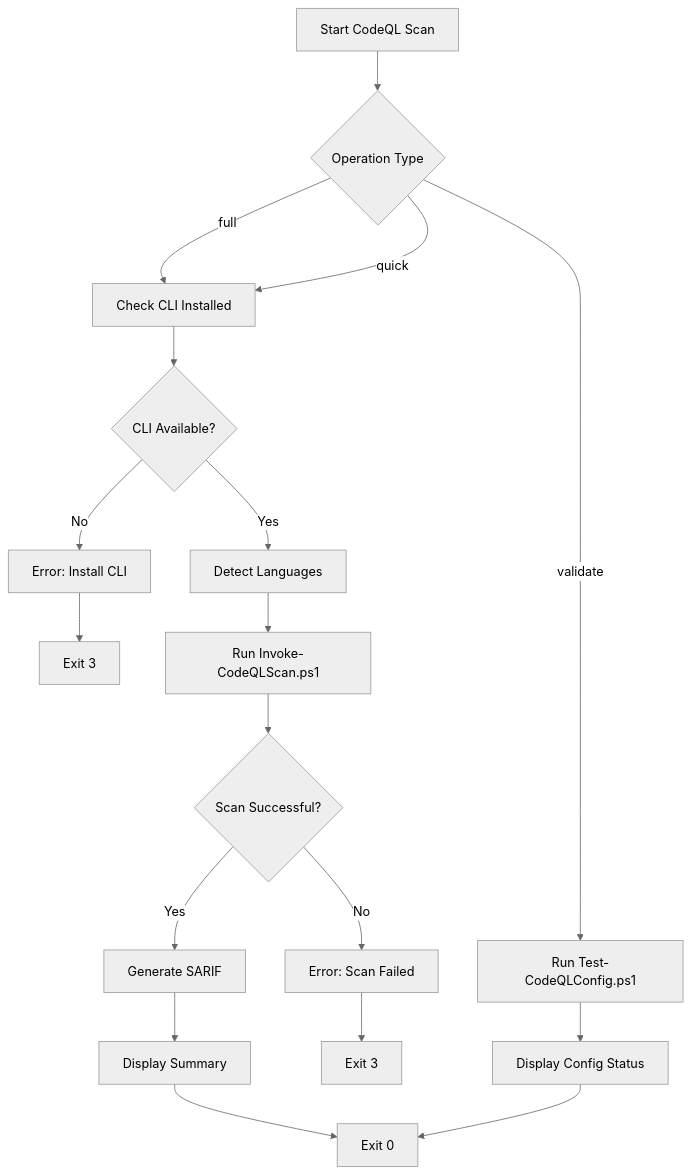
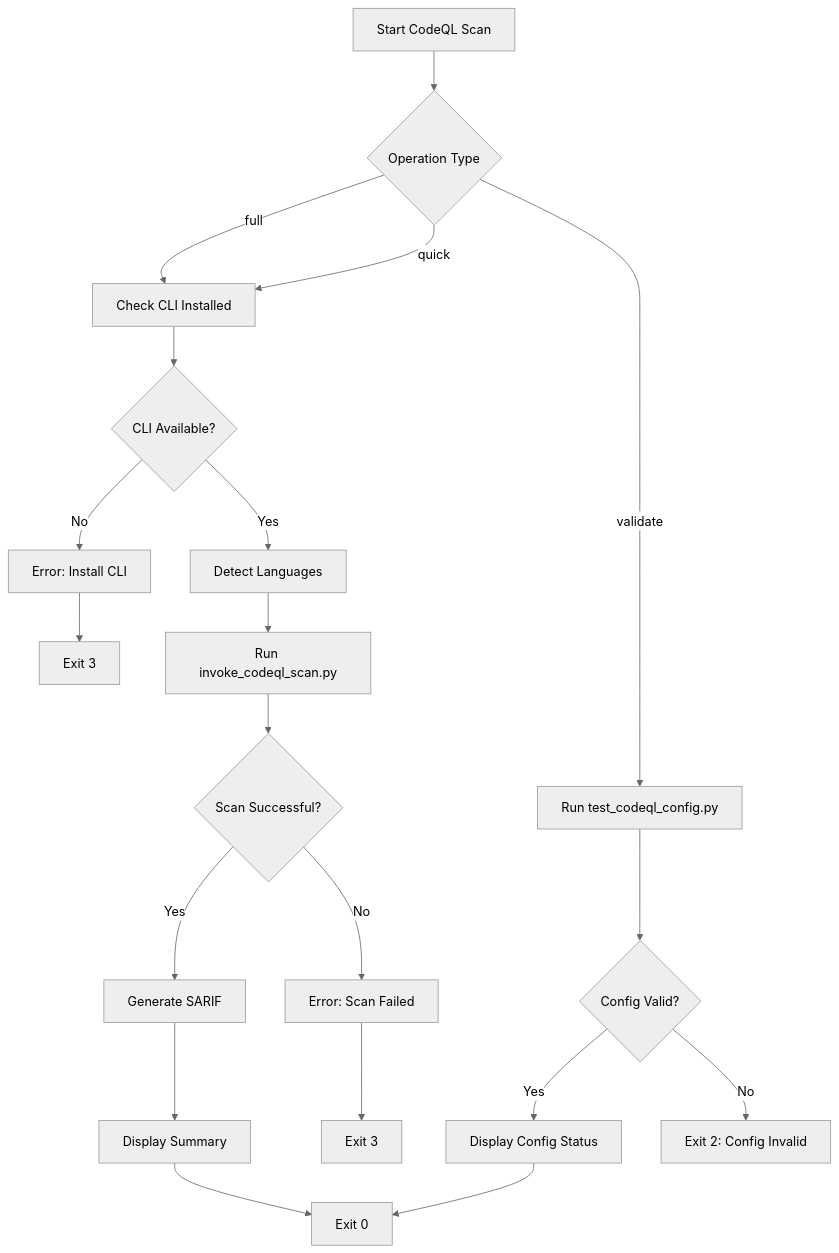
The diagram in .claude/skills/codeql-scan/SKILL.md (rjmurillo/ai-agents), drawn with Mermaid (neutral theme) before and after one commit. The commit also changed other lines of this file and 1 other file, not shown here.

````diff
--- a/.claude/skills/codeql-scan/SKILL.md
+++ b/.claude/skills/codeql-scan/SKILL.md
@@ -59,25 +59,27 @@
 ```mermaid
 flowchart TD
     A[Start CodeQL Scan] --> B{Operation Type}
     B -->|full| C[Check CLI Installed]
     B -->|quick| C
-    B -->|validate| D[Run Test-CodeQLConfig.ps1]
+    B -->|validate| D[Run test_codeql_config.py]
 
     C --> E{CLI Available?}
     E -->|No| F[Error: Install CLI]
     E -->|Yes| G[Detect Languages]
 
-    G --> H[Run Invoke-CodeQLScan.ps1]
+    G --> H[Run invoke_codeql_scan.py]
     H --> I{Scan Successful?}
 
     I -->|Yes| J[Generate SARIF]
     I -->|No| K[Error: Scan Failed]
 
     J --> L[Display Summary]
-    D --> M[Display Config Status]
+    D --> M{Config Valid?}
+    M -->|Yes| N2[Display Config Status]
+    M -->|No| O2[Exit 2: Config Invalid]
 
     L --> N[Exit 0]
-    M --> N
+    N2 --> N
     F --> O[Exit 3]
     K --> P[Exit 3]
 ```
````
